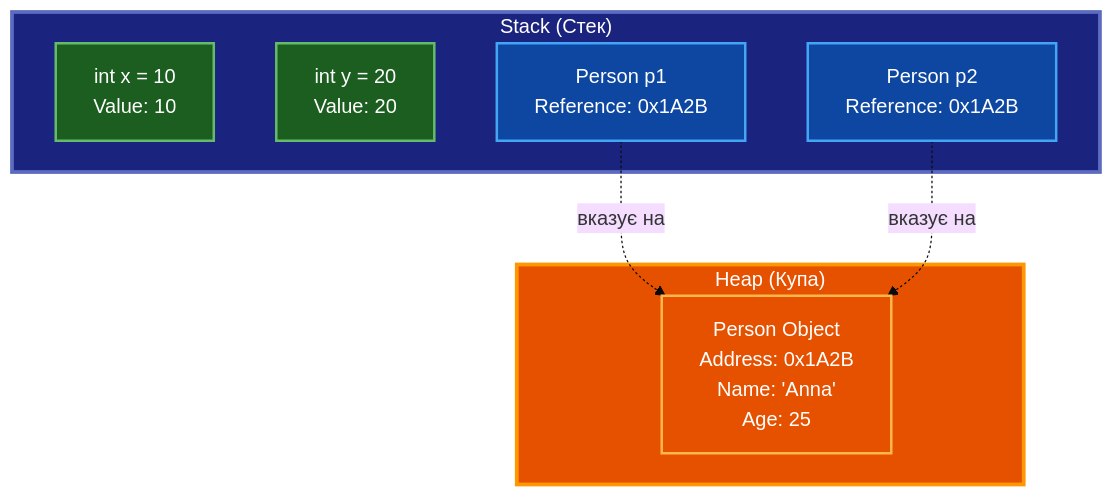
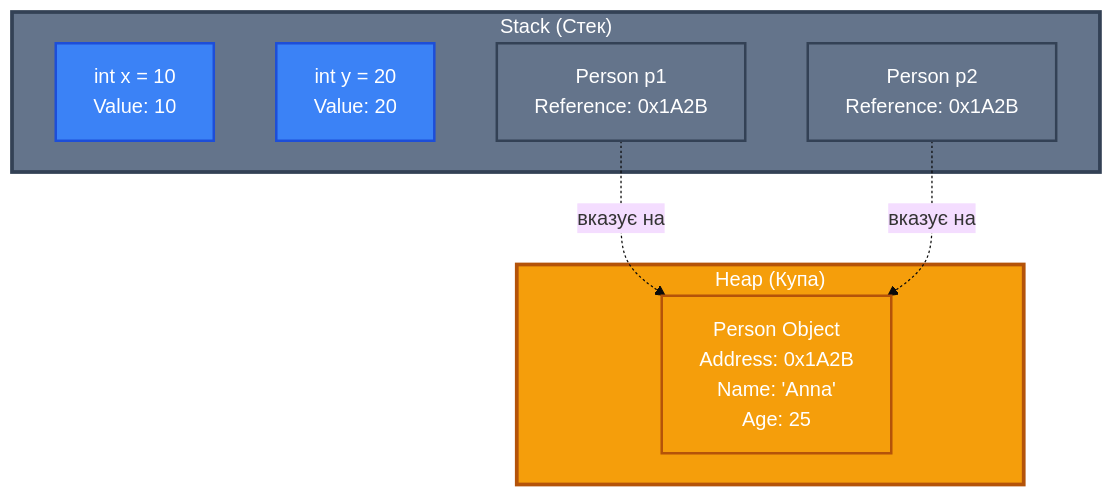
The second of 2 diagrams in content/1.csharp/1.fundamentals/3.variables-data-types.md (arakviel/kostyl.dev), drawn with Mermaid (base theme) before and after one commit. The commit also changed other lines of this file and 30 other files, not shown here.

````diff
--- a/content/1.csharp/1.fundamentals/3.variables-data-types.md
+++ b/content/1.csharp/1.fundamentals/3.variables-data-types.md
@@ -733,24 +1404,24 @@
 ```mermaid
 graph TD
     subgraph Stack["Stack (Стек)"]
         V1["int x = 10<br/>Value: 10"]
         V2["int y = 20<br/>Value: 20"]
         R1["Person p1<br/>Reference: 0x1A2B"]
         R2["Person p2<br/>Reference: 0x1A2B"]
     end
 
     subgraph Heap["Heap (Купа)"]
         O1["Person Object<br/>Address: 0x1A2B<br/>Name: 'Anna'<br/>Age: 25"]
     end
 
     R1 -.->|вказує на| O1
     R2 -.->|вказує на| O1
 
-    style Stack fill:#1a237e,stroke:#5c6bc0,stroke-width:3px,color:#fff
-    style Heap fill:#e65100,stroke:#ff9800,stroke-width:3px,color:#fff
-    style V1 fill:#1b5e20,stroke:#66bb6a,stroke-width:2px,color:#fff
-    style V2 fill:#1b5e20,stroke:#66bb6a,stroke-width:2px,color:#fff
-    style R1 fill:#0d47a1,stroke:#42a5f5,stroke-width:2px,color:#fff
-    style R2 fill:#0d47a1,stroke:#42a5f5,stroke-width:2px,color:#fff
-    style O1 fill:#e65100,stroke:#ffb74d,stroke-width:2px,color:#fff
+    style Stack fill:#64748b,stroke:#334155,stroke-width:3px,color:#ffffff
+    style Heap fill:#f59e0b,stroke:#b45309,stroke-width:3px,color:#ffffff
+    style V1 fill:#3b82f6,stroke:#1d4ed8,stroke-width:2px,color:#ffffff
+    style V2 fill:#3b82f6,stroke:#1d4ed8,stroke-width:2px,color:#ffffff
+    style R1 fill:#64748b,stroke:#334155,stroke-width:2px,color:#ffffff
+    style R2 fill:#64748b,stroke:#334155,stroke-width:2px,color:#ffffff
+    style O1 fill:#f59e0b,stroke:#b45309,stroke-width:2px,color:#ffffff
 ```
````
